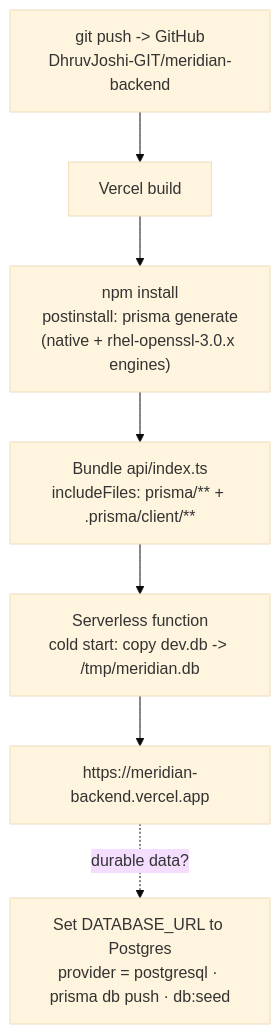
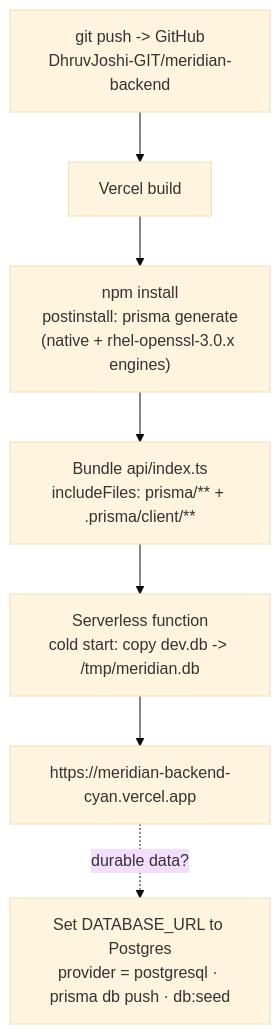
The fifth of 5 diagrams in README.md (DhruvJoshi-GIT/meridian-backend), drawn with Mermaid (base theme) before and after one commit. The commit also changed other lines of this file and 2 other files, not shown here.

Commit message:
Vercel: static output dir, explicit build command, live URL in README

````diff
--- a/README.md
+++ b/README.md
@@ -175,9 +175,9 @@
 ```mermaid
 flowchart TD
     A["git push -> GitHub<br/>DhruvJoshi-GIT/meridian-backend"] --> B["Vercel build"]
     B --> C["npm install<br/>postinstall: prisma generate<br/>(native + rhel-openssl-3.0.x engines)"]
     C --> D["Bundle api/index.ts<br/>includeFiles: prisma/** + .prisma/client/**"]
     D --> E["Serverless function<br/>cold start: copy dev.db -> /tmp/meridian.db"]
-    E --> F["https://meridian-backend.vercel.app"]
+    E --> F["https://meridian-backend-cyan.vercel.app"]
     F -. "durable data?" .-> G["Set DATABASE_URL to Postgres<br/>provider = postgresql · prisma db push · db:seed"]
 ```
````
